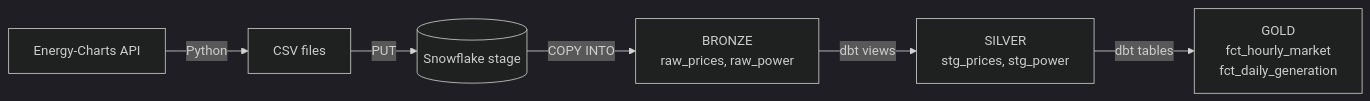
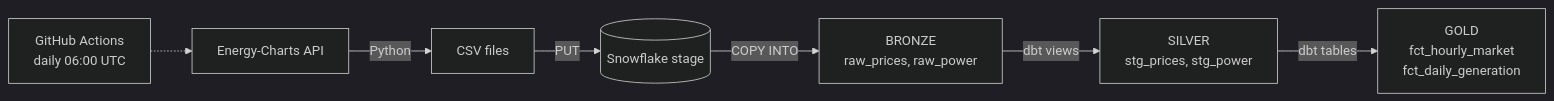
The diagram in README.md (TatianaTchouakam/energy-dbt-snowflake), drawn with Mermaid (dark theme) before and after one commit. The commit also changed other lines of this file and 2 other files, not shown here.

````diff
--- a/README.md
+++ b/README.md
@@ -51,8 +54,9 @@
 ```mermaid
 flowchart LR
+    G[GitHub Actions<br/>daily 06:00 UTC] -.-> A
     A[Energy-Charts API] -->|Python| B[CSV files]
     B -->|PUT| C[(Snowflake stage)]
     C -->|COPY INTO| D[BRONZE<br/>raw_prices, raw_power]
     D -->|dbt views| E[SILVER<br/>stg_prices, stg_power]
     E -->|dbt tables| F[GOLD<br/>fct_hourly_market<br/>fct_daily_generation]
 ```
````
